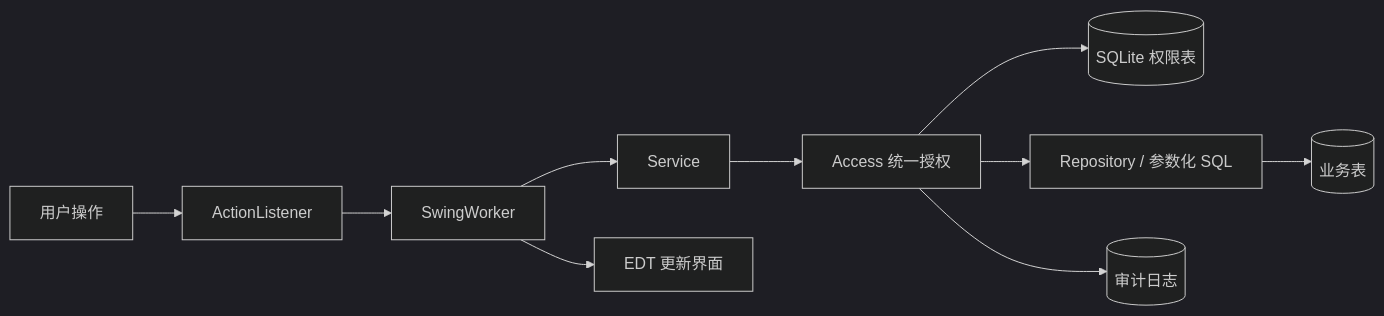
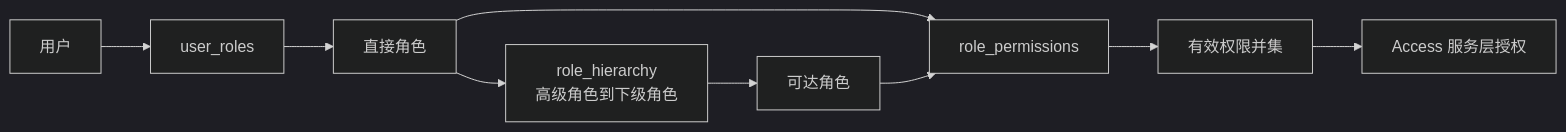
One commit to cppppercy/campus-work-order-rbac changed the diagram in docs/DESIGN.md. Above: the diagram before and after it, drawn with Mermaid (dark theme). The commit also changed other lines of this file and 23 other files, not shown here.

Commit message:
feat: add RBAC1 role hierarchy

````diff
--- a/docs/DESIGN.md
+++ b/docs/DESIGN.md
@@ -7,12 +13,12 @@
 ```mermaid
 flowchart LR
-    U[用户操作] --> L[ActionListener]
-    L --> W[SwingWorker]
-    W --> S[Service]
-    S --> A[Access 统一授权]
-    A --> Q[(SQLite 权限表)]
-    A --> R[Repository / 参数化 SQL]
-    R --> D[(业务表)]
-    A --> G[(审计日志)]
-    W --> E[EDT 更新界面]
+    U[用户] --> UR[user_roles]
+    UR --> R[直接角色]
+    R --> RH[role_hierarchy
+高级角色到下级角色]
+    RH --> JR[可达角色]
+    R --> RP[role_permissions]
+    JR --> RP
+    RP --> P[有效权限并集]
+    P --> A[Access 服务层授权]
 ```
````
